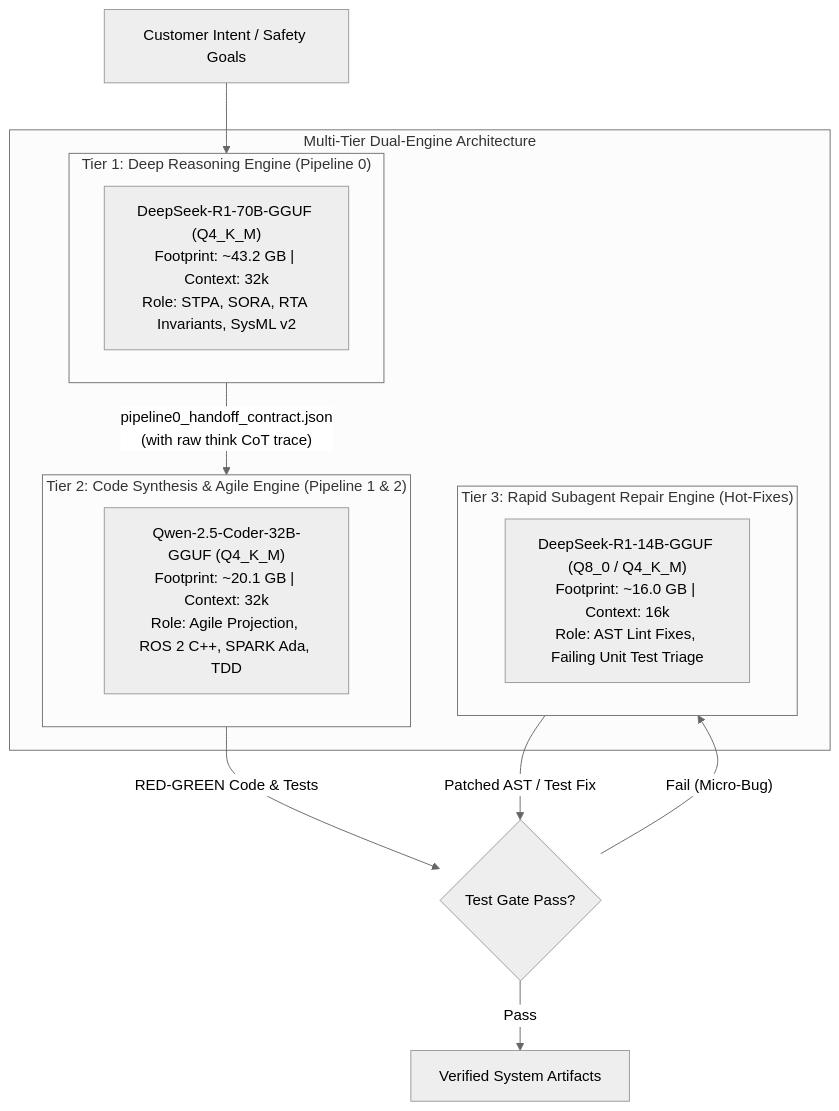
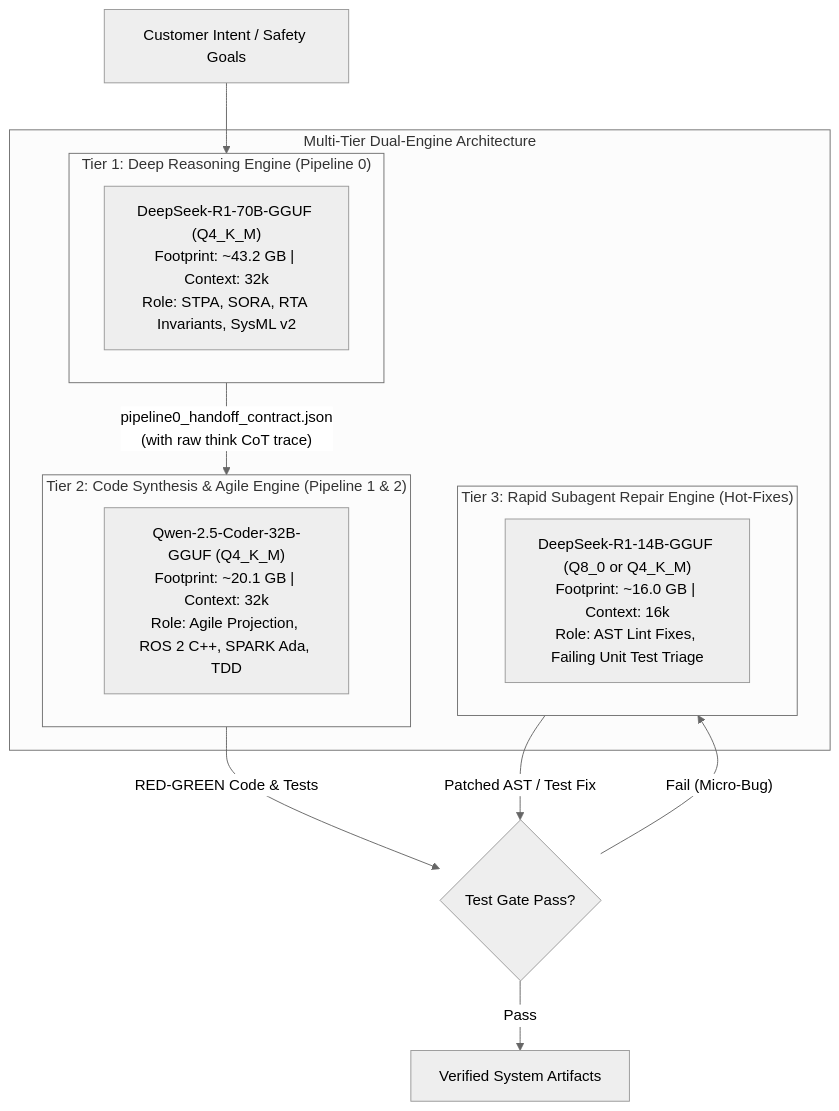
The fourth of 5 diagrams in docs/architecture/blueprints/DEAP_LOCAL_AIRGAPPED_DEEPSEEK_WORKSTATION_BLUEPRINT.md (gintatkinson/DEAP-spec-core), drawn with Mermaid (neutral theme) before and after one commit. The commit also changed other lines of this file and 28 other files, not shown here.

Commit message:
feat(compiler): dynamic schema provenance, safety set-equality, profile-driven tech filtering, non-destructive reverse-sync, and Check 19 AST cleanliness (#52, #54, #56, #57, #58, #59, #60, #62, #63, #64)

````diff
--- a/docs/architecture/blueprints/DEAP_LOCAL_AIRGAPPED_DEEPSEEK_WORKSTATION_BLUEPRINT.md
+++ b/docs/architecture/blueprints/DEAP_LOCAL_AIRGAPPED_DEEPSEEK_WORKSTATION_BLUEPRINT.md
@@ -285,23 +285,23 @@
 ```mermaid
 flowchart TD
     subgraph DualEngineTopology["Multi-Tier Dual-Engine Architecture"]
         subgraph Tier1["Tier 1: Deep Reasoning Engine (Pipeline 0)"]
             R1["DeepSeek-R1-70B-GGUF (Q4_K_M)\nFootprint: ~43.2 GB | Context: 32k\nRole: STPA, SORA, RTA Invariants, SysML v2"]
         end
 
         subgraph Tier2["Tier 2: Code Synthesis & Agile Engine (Pipeline 1 & 2)"]
             Coder["Qwen-2.5-Coder-32B-GGUF (Q4_K_M)\nFootprint: ~20.1 GB | Context: 32k\nRole: Agile Projection, ROS 2 C++, SPARK Ada, TDD"]
         end
 
         subgraph Tier3["Tier 3: Rapid Subagent Repair Engine (Hot-Fixes)"]
-            Repair["DeepSeek-R1-14B-GGUF (Q8_0 / Q4_K_M)\nFootprint: ~16.0 GB | Context: 16k\nRole: AST Lint Fixes, Failing Unit Test Triage"]
+            Repair["DeepSeek-R1-14B-GGUF (Q8_0 or Q4_K_M)\nFootprint: ~16.0 GB | Context: 16k\nRole: AST Lint Fixes, Failing Unit Test Triage"]
         end
     end
 
     P0_Req["Customer Intent / Safety Goals"] --> Tier1
     Tier1 -->|"pipeline0_handoff_contract.json\n(with raw think CoT trace)"| Tier2
     Tier2 -->|"RED-GREEN Code & Tests"| TestGate{"Test Gate Pass?"}
     TestGate -- "Pass" --> Release["Verified System Artifacts"]
     TestGate -- "Fail (Micro-Bug)" --> Tier3
     Tier3 -->|"Patched AST / Test Fix"| TestGate
 ```
````
